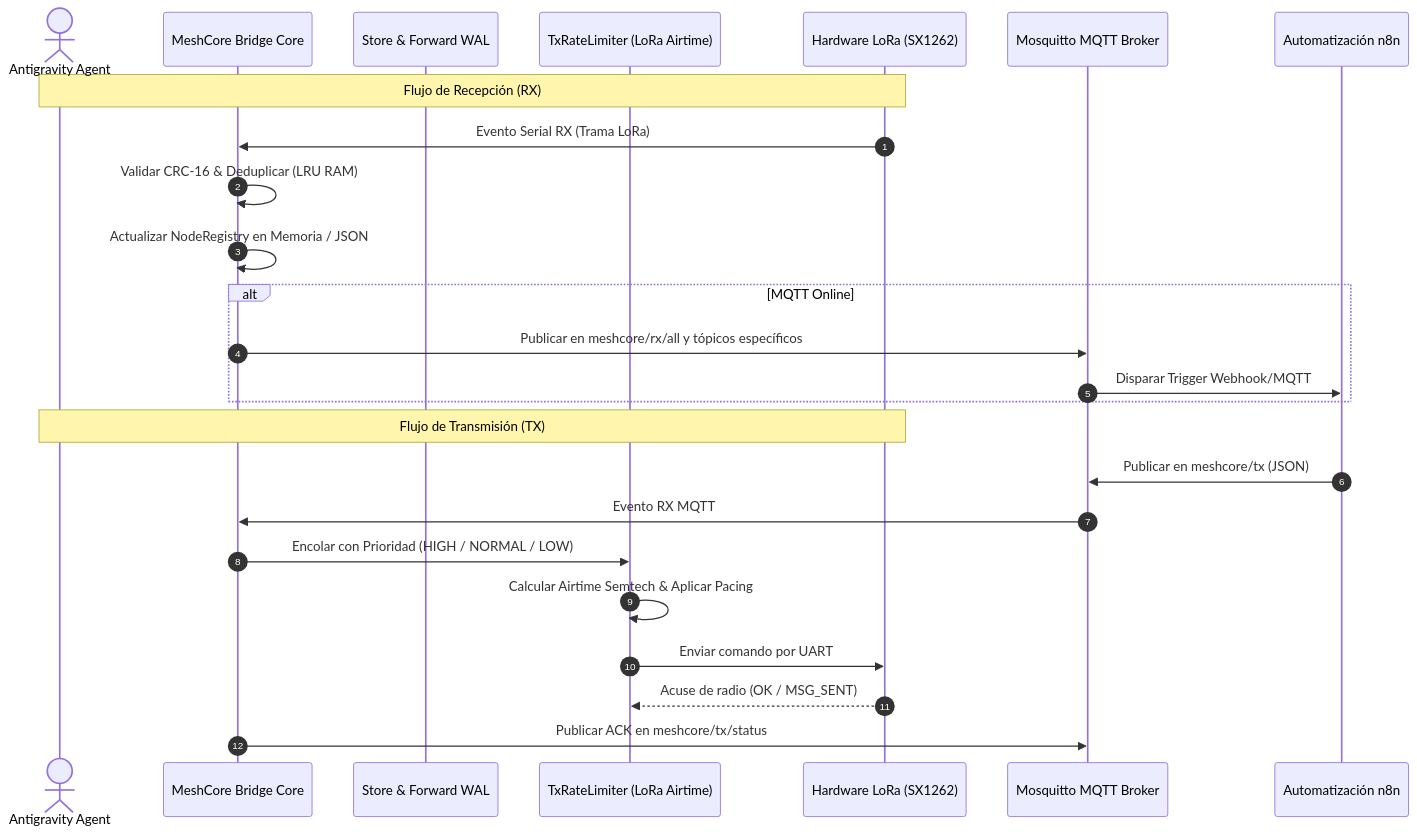
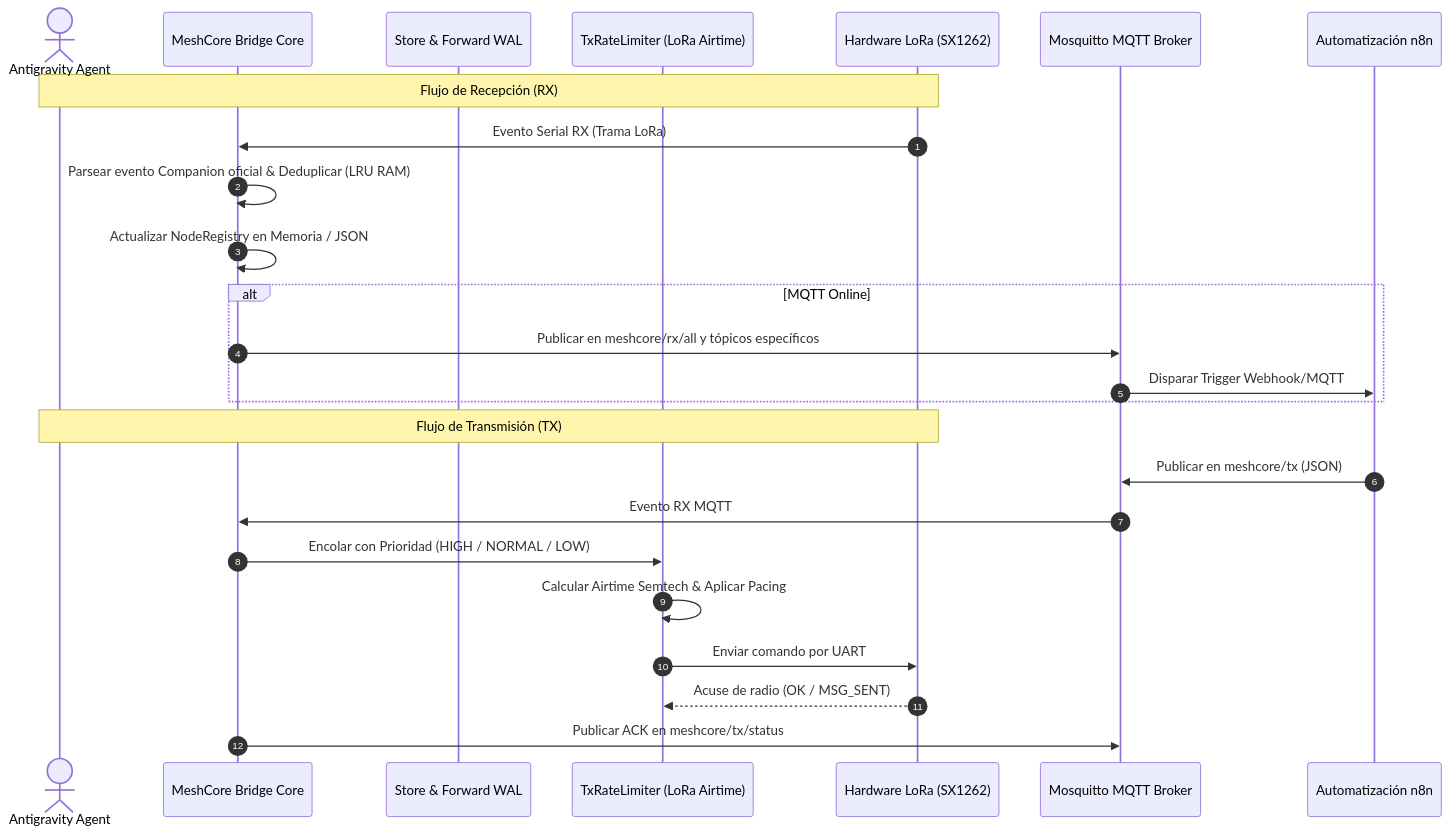
The diagram in docs/reference_analysis/04_INTEGRATION_GUIDE_FOR_AGENTS.md (cyber89/meshcore-bridge-client), drawn with Mermaid before and after one commit. The commit also changed other lines of this file, not shown here.

Commit message:
docs: align agent integration guide with official Companion transport

````diff
--- a/docs/reference_analysis/04_INTEGRATION_GUIDE_FOR_AGENTS.md
+++ b/docs/reference_analysis/04_INTEGRATION_GUIDE_FOR_AGENTS.md
@@ -13,29 +13,29 @@
 ```mermaid
 sequenceDiagram
     autonumber
     actor DevOrAgent as Antigravity Agent
     participant Bridge as MeshCore Bridge Core
     participant SQLite as Store & Forward WAL
     participant RateLimiter as TxRateLimiter (LoRa Airtime)
     participant HW as Hardware LoRa (SX1262)
     participant MQTT as Mosquitto MQTT Broker
     participant N8N as Automatización n8n
 
     Note over DevOrAgent,HW: Flujo de Recepción (RX)
     HW->>Bridge: Evento Serial RX (Trama LoRa)
-    Bridge->>Bridge: Validar CRC-16 & Deduplicar (LRU RAM)
+    Bridge->>Bridge: Parsear evento Companion oficial & Deduplicar (LRU RAM)
     Bridge->>Bridge: Actualizar NodeRegistry en Memoria / JSON
     alt MQTT Online
         Bridge->>MQTT: Publicar en meshcore/rx/all y tópicos específicos
         MQTT->>N8N: Disparar Trigger Webhook/MQTT
     end
 
     Note over DevOrAgent,HW: Flujo de Transmisión (TX)
     N8N->>MQTT: Publicar en meshcore/tx (JSON)
     MQTT->>Bridge: Evento RX MQTT
     Bridge->>RateLimiter: Encolar con Prioridad (HIGH / NORMAL / LOW)
     RateLimiter->>RateLimiter: Calcular Airtime Semtech & Aplicar Pacing
     RateLimiter->>HW: Enviar comando por UART
     HW-->>RateLimiter: Acuse de radio (OK / MSG_SENT)
     Bridge->>MQTT: Publicar ACK en meshcore/tx/status
 ```
````
